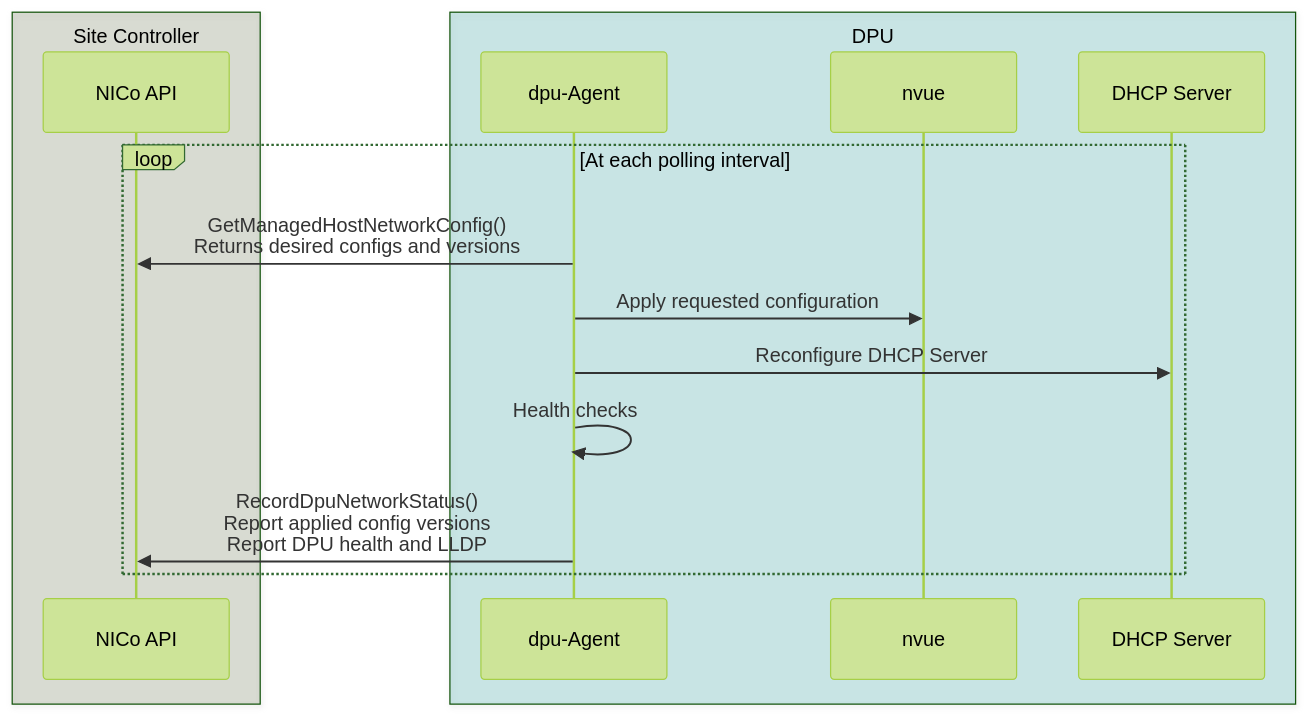
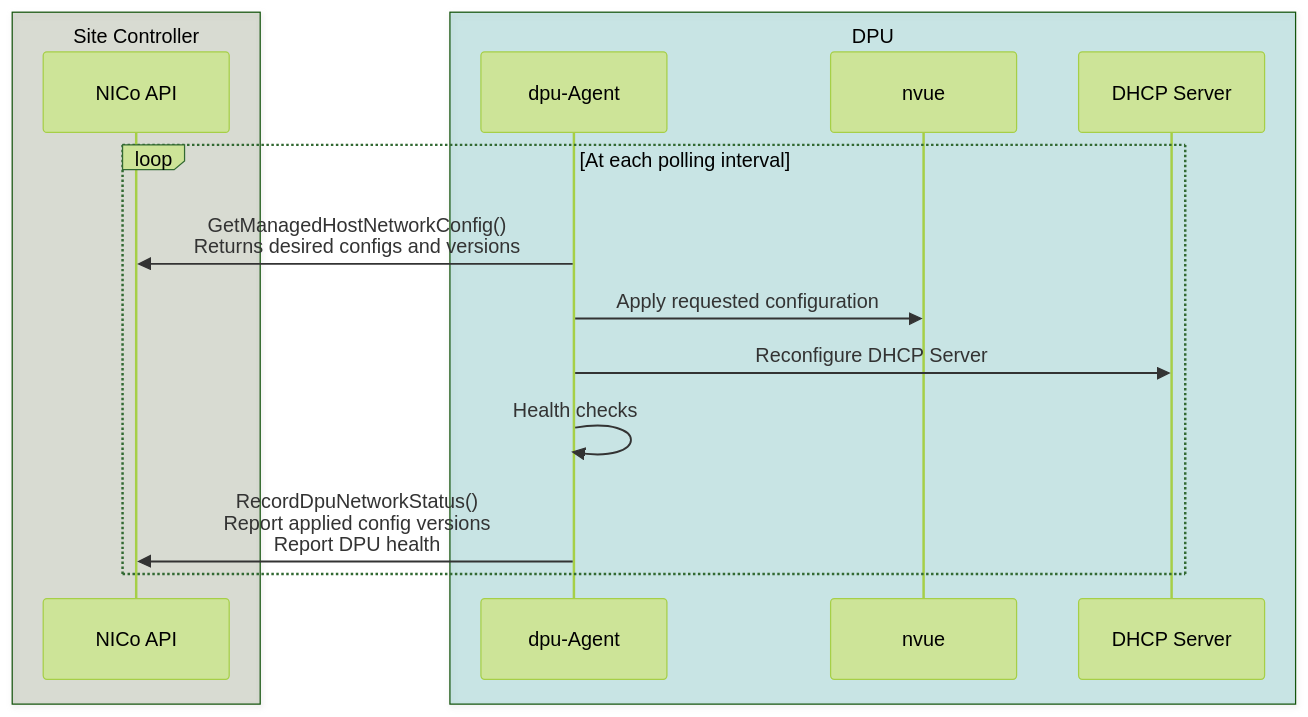
The first of 2 diagrams in docs/dpu-management/dpu_configuration.md (dsx-ai-factory/infra-controller), drawn with Mermaid (forest theme) before and after one commit. The commit also changed other lines of this file and 3 other files, not shown here.

````diff
--- a/docs/dpu-management/dpu_configuration.md
+++ b/docs/dpu-management/dpu_configuration.md
@@ -29,20 +29,20 @@
 ```mermaid
 sequenceDiagram
     box rgba(85, 102, 57, 0.2) Site Controller
         participant NICo as NICo API
     end
 
     box rgba(8, 143, 143, .2) DPU
         participant Agent as dpu-Agent
         participant Nvue as nvue
         participant Dhcp as DHCP Server
     end
 
     loop At each polling interval
         Agent->>NICo: GetManagedHostNetworkConfig()<br>Returns desired configs and versions
         Agent->>Nvue: Apply requested configuration
         Agent->>Dhcp: Reconfigure DHCP Server
         Agent->>Agent: Health checks
-        Agent->>NICo: RecordDpuNetworkStatus()<br>Report applied config versions<br>Report DPU health and LLDP
+        Agent->>NICo: RecordDpuNetworkStatus()<br>Report applied config versions<br>Report DPU health
     end
 ```
````
